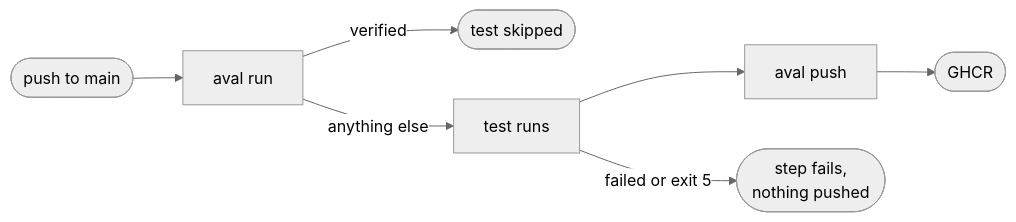
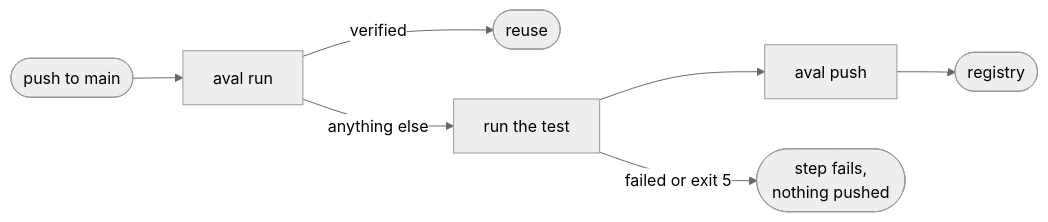
The diagram in docs/guides/github-actions.md (TrianaLab/aval), drawn with Mermaid (neutral theme) before and after one commit. The commit also changed other lines of this file and 151 other files, not shown here.

````diff
--- a/docs/guides/github-actions.md
+++ b/docs/guides/github-actions.md
@@ -6,7 +6,7 @@
 ```mermaid
 flowchart LR
   job([push to main]) --> run[aval run]
-  run -- verified --> skip([test skipped]):::ok
-  run -- anything else --> test[test runs] --> push[aval push] --> reg([GHCR]):::muted
+  run -- verified --> skip([reuse]):::ok
+  run -- anything else --> test[run the test] --> push[aval push] --> reg([registry]):::muted
   test -- "failed or exit 5" --> fail([step fails,<br>nothing pushed]):::err
 ```
````
